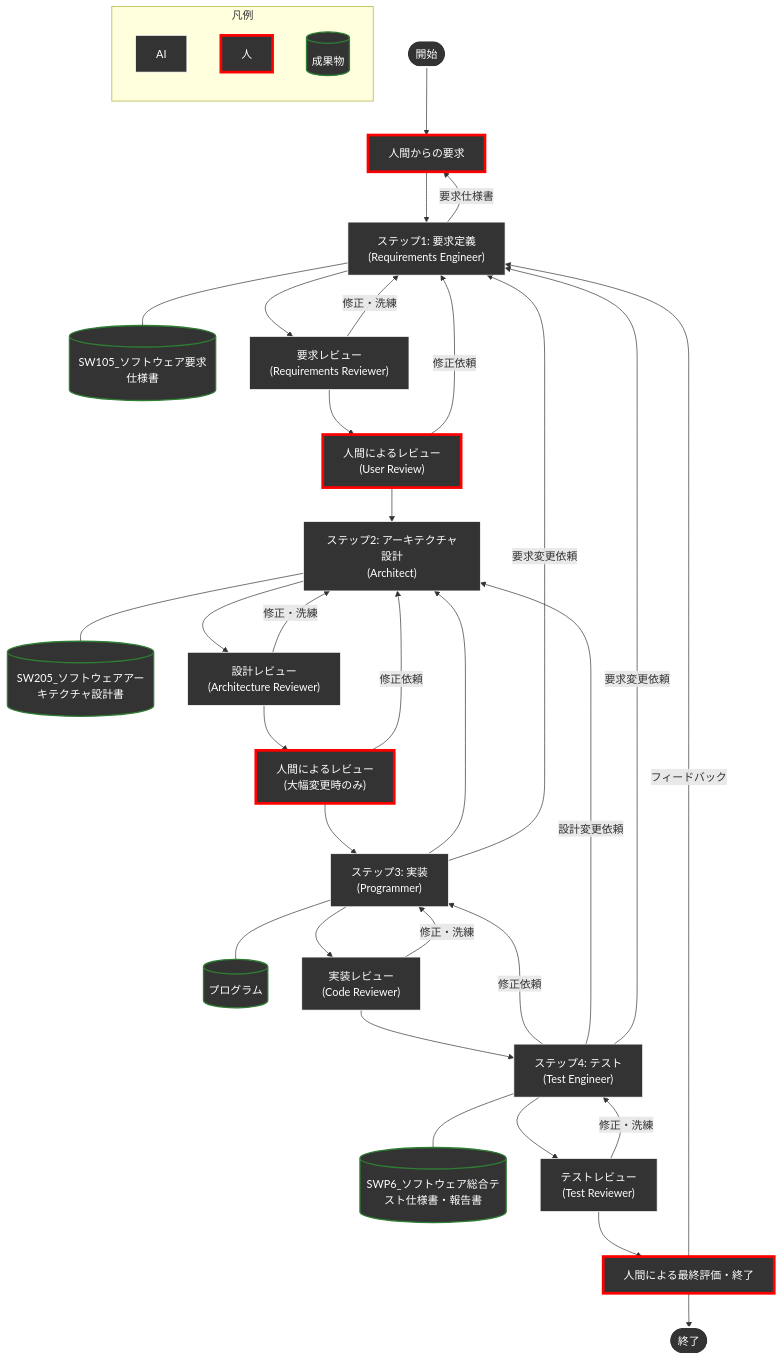
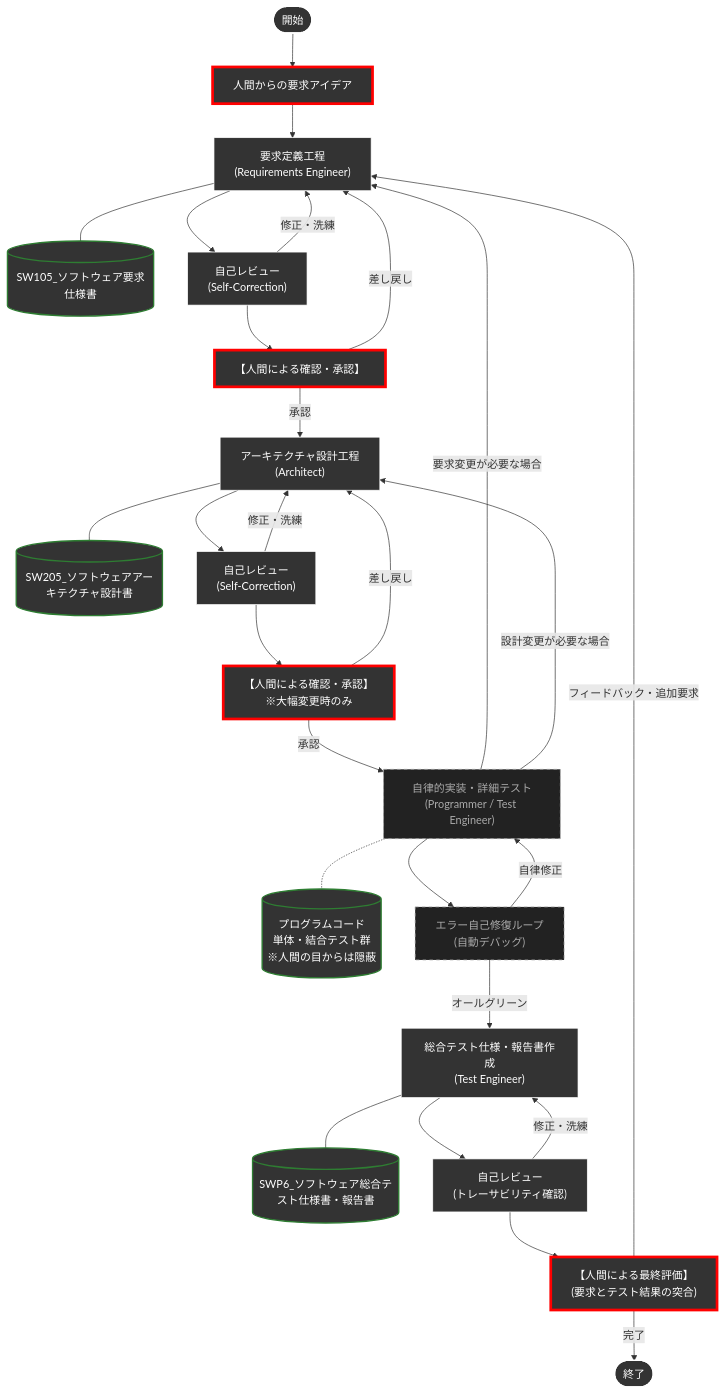
One commit to yamaPiT/AntigravityTemplate changed the diagram in README.md. Above: the diagram before and after it, drawn with Mermaid. The commit also changed other lines of this file and 13 other files, not shown here.

````diff
--- a/README.md
+++ b/README.md
@@ -23,57 +53,46 @@
 ```mermaid
 graph TD
-    Start(["開始"]) --> UserReq["人間からの要求"]
-    UserReq["人間からの要求"] --> Req["ステップ1: 要求定義<br>(Requirements Engineer)"]
+    Start(["開始"]) --> UserReq["人間からの要求アイデア"]
+    UserReq --> Req["要求定義工程<br>(Requirements Engineer)"]
     Req --- ReqDoc[("SW105_ソフトウェア要求仕様書")]
-    Req -->|要求仕様書| UserReq
-    Req --> ReqRev["要求レビュー<br>(Requirements Reviewer)"]
+    Req --> ReqRev["自己レビュー<br>(Self-Correction)"]
     ReqRev -- 修正・洗練 --> Req
-    ReqRev --> ReqHum["人間によるレビュー<br>(User Review)"]
-    ReqHum -- 修正依頼 --> Req
-    ReqHum --> Arch["ステップ2: アーキテクチャ設計<br>(Architect)"]
+    ReqRev --> ReqHum["【人間による確認・承認】"]
+    ReqHum -- 差し戻し --> Req
+    ReqHum -- 承認 --> Arch["アーキテクチャ設計工程<br>(Architect)"]
     
     Arch --- ArchDoc[("SW205_ソフトウェアアーキテクチャ設計書")]
-    Arch --> ArchRev["設計レビュー<br>(Architecture Reviewer)"]
+    Arch --> ArchRev["自己レビュー<br>(Self-Correction)"]
     ArchRev -- 修正・洗練 --> Arch
-    ArchRev --> ArchHum["人間によるレビュー<br>(大幅変更時のみ)"]
-    ArchHum -- 修正依頼 --> Arch
-    ArchHum --> Impl["ステップ3: 実装<br>(Programmer)"]
+    ArchRev --> ArchHum["【人間による確認・承認】<br>※大幅変更時のみ"]
+    ArchHum -- 差し戻し --> Arch
+    ArchHum -- 承認 --> Impl["自律的実装・詳細テスト<br>(Programmer / Test Engineer)"]
     
-    Impl --- ProgDoc[("プログラム")]
-    Impl --> ImplRev["実装レビュー<br>(Code Reviewer)"]
-    ImplRev -- 修正・洗練 --> Impl
-    Impl --> Arch
-    Impl -- 要求変更依頼 --> Req
-    ImplRev --> Test["ステップ4: テスト<br>(Test Engineer)"]
+    Impl -.- ProgDoc[("プログラムコード<br>単体・結合テスト群<br>※人間の目からは隠蔽")]
+    Impl --> ImplLoop["エラー自己修復ループ<br>(自動デバッグ)"]
+    ImplLoop -- 自律修正 --> Impl
+    Impl -- 要求変更が必要な場合 --> Req
+    Impl -- 設計変更が必要な場合 --> Arch
+    ImplLoop -- オールグリーン --> Test["総合テスト仕様・報告書作成<br>(Test Engineer)"]
     
     Test --- TestDoc[("SWP6_ソフトウェア総合テスト仕様書・報告書")]
-    Test --> TestRev["テストレビュー<br>(Test Reviewer)"]
+    Test --> TestRev["自己レビュー<br>(トレーサビリティ確認)"]
     TestRev -- 修正・洗練 --> Test
-    Test -- 修正依頼 --> Impl
-    Test -- 設計変更依頼 --> Arch
-    Test -- 要求変更依頼 --> Req
     
-    TestRev --> Approve["人間による最終評価・終了"]
-    Approve -->|フィードバック| Req
-    Approve --> End(["終了"])
+    TestRev --> Approve["【人間による最終評価】<br>(要求とテスト結果の突合)"]
+    Approve -- フィードバック・追加要求 --> Req
+    Approve -- 完了 --> End(["終了"])
 
-    %% スタイル定義 (背景色を尊重し、枠線で役割を完結)
+    %% スタイル定義
     classDef human fill:#333333,stroke:#ff0000,stroke-width:4px,color:#ffffff;
     classDef agent fill:#333333,stroke:#FFFFFF,stroke-width:1px,color:#ffffff;
     classDef doc fill:#333333,stroke:#2e7d32,stroke-width:2px,color:#ffffff;
+    classDef hiddenAgent fill:#222222,stroke:#aaaaaa,stroke-width:1px,stroke-dasharray: 5 5,color:#aaaaaa;
     classDef startEnd fill:#333333,stroke:#ffffff,stroke-width:2px,color:#ffffff;
     
     class UserReq,ReqHum,ArchHum,Approve human;
-    class Req,ReqRev,Arch,ArchRev,Impl,ImplRev,Test,TestRev agent;
+    class Req,ReqRev,Arch,ArchRev,Test,TestRev agent;
+    class Impl,ImplLoop hiddenAgent;
     class ReqDoc,ArchDoc,ProgDoc,TestDoc doc;
     class Start,End startEnd;
-
-    %% 凡例 (小型化)
-    subgraph Legend ["凡例"]
-        direction TB
-        L1["AI"]:::agent
-        L2["人"]:::human
-        L3[("成果物")]:::doc
-    end
-
 ```
````
